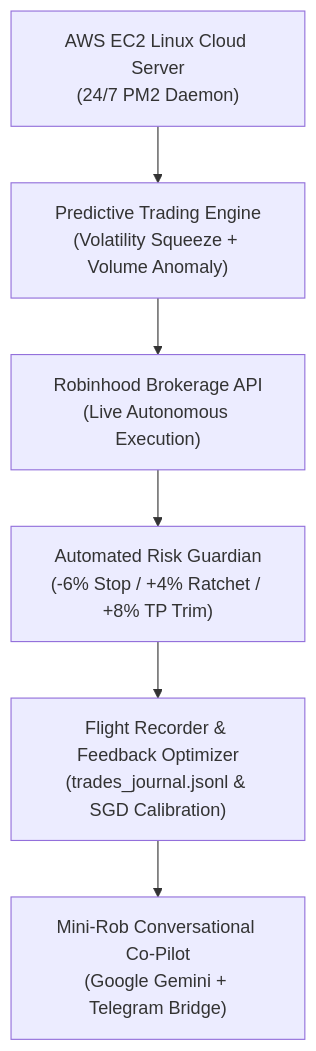
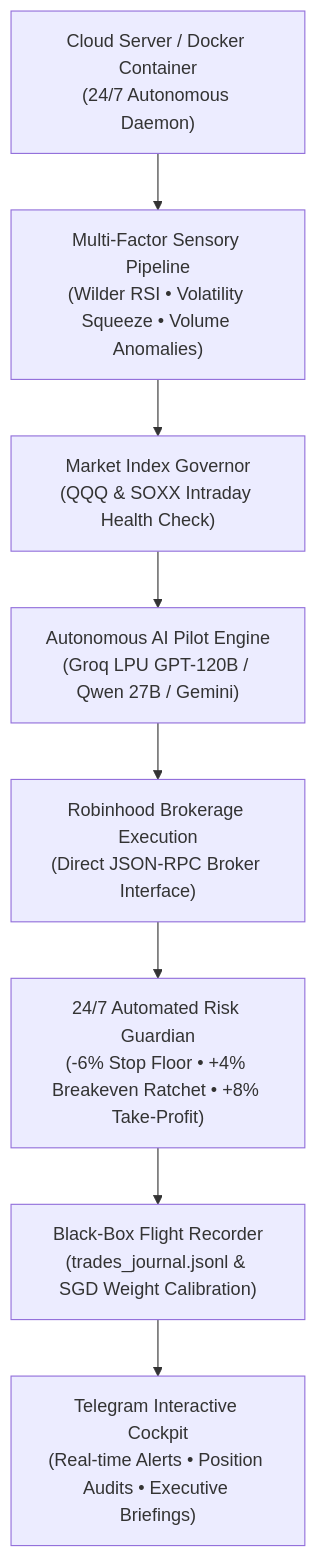
One commit to DB4407/robinhood-telegram-bot changed the diagram in README.md. Above: the diagram before and after it, drawn with Mermaid. The commit also changed other lines of this file and 7 other files, not shown here.

````diff
--- a/README.md
+++ b/README.md
@@ -14,8 +19,10 @@
 ```mermaid
 graph TD
-    A["AWS EC2 Linux Cloud Server<br>(24/7 PM2 Daemon)"] --> B["Predictive Trading Engine<br>(Volatility Squeeze + Volume Anomaly)"]
-    B --> C["Robinhood Brokerage API<br>(Live Autonomous Execution)"]
-    C --> D["Automated Risk Guardian<br>(-6% Stop / +4% Ratchet / +8% TP Trim)"]
-    D --> E["Flight Recorder & Feedback Optimizer<br>(trades_journal.jsonl & SGD Calibration)"]
-    E --> F["Mini-Rob Conversational Co-Pilot<br>(Google Gemini + Telegram Bridge)"]
+    A["Cloud Server / Docker Container<br>(24/7 Autonomous Daemon)"] --> B["Multi-Factor Sensory Pipeline<br>(Wilder RSI • Volatility Squeeze • Volume Anomalies)"]
+    B --> C["Market Index Governor<br>(QQQ & SOXX Intraday Health Check)"]
+    C --> D["Autonomous AI Pilot Engine<br>(Groq LPU GPT-120B / Qwen 27B / Gemini)"]
+    D --> E["Robinhood Brokerage Execution<br>(Direct JSON-RPC Broker Interface)"]
+    E --> F["24/7 Automated Risk Guardian<br>(-6% Stop Floor • +4% Breakeven Ratchet • +8% Take-Profit)"]
+    F --> G["Black-Box Flight Recorder<br>(trades_journal.jsonl & SGD Weight Calibration)"]
+    G --> H["Telegram Interactive Cockpit<br>(Real-time Alerts • Position Audits • Executive Briefings)"]
 ```
````
